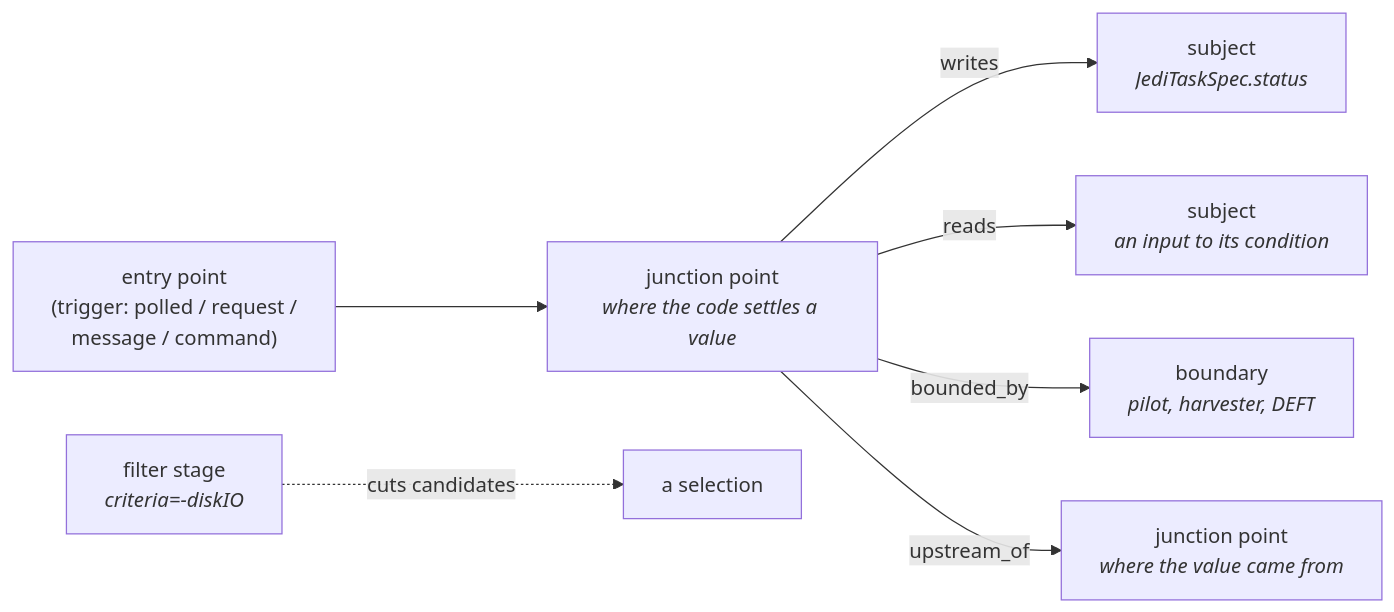
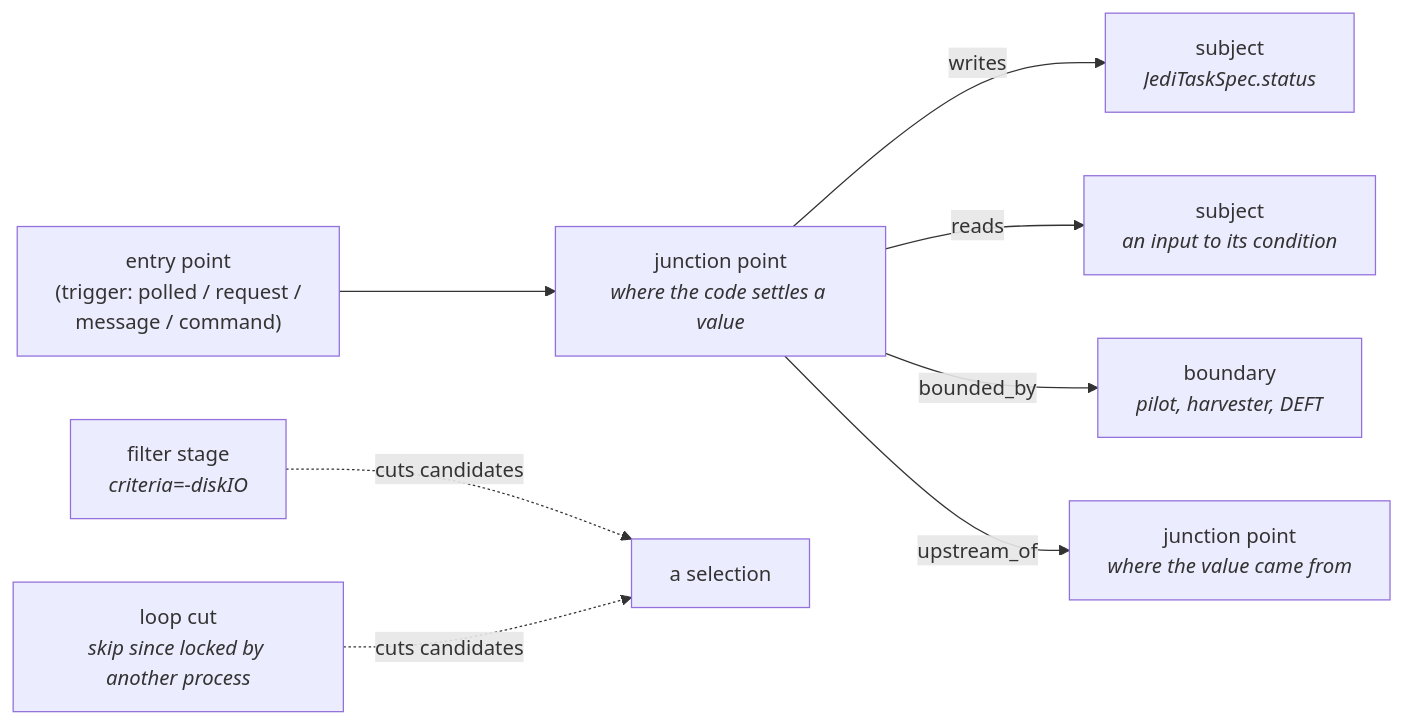
Before and after one commit to tmaeno/bamboo: the first of 2 diagrams in website/src/content/docs/architecture/code-map.md, drawn with Mermaid. The commit also changed other lines of this file and 13 other files, not shown here.

````diff
--- a/website/src/content/docs/architecture/code-map.md
+++ b/website/src/content/docs/architecture/code-map.md
@@ -41,9 +41,10 @@
 ```mermaid
 flowchart LR
     EP["entry point<br/>(trigger: polled / request /<br/>message / command)"] --> JP
     JP["junction point<br/><i>where the code settles a value</i>"] -->|writes| S["subject<br/><i>JediTaskSpec.status</i>"]
     JP -->|reads| S2["subject<br/><i>an input to its condition</i>"]
     JP -->|bounded_by| B["boundary<br/><i>pilot, harvester, DEFT</i>"]
     JP -->|upstream_of| JP2["junction point<br/><i>where the value came from</i>"]
     FS["filter stage<br/><i>criteria=-diskIO</i>"] -.->|cuts candidates| SEL["a selection"]
+    LC["loop cut<br/><i>skip since locked by another process</i>"] -.->|cuts candidates| SEL
 ```
````
